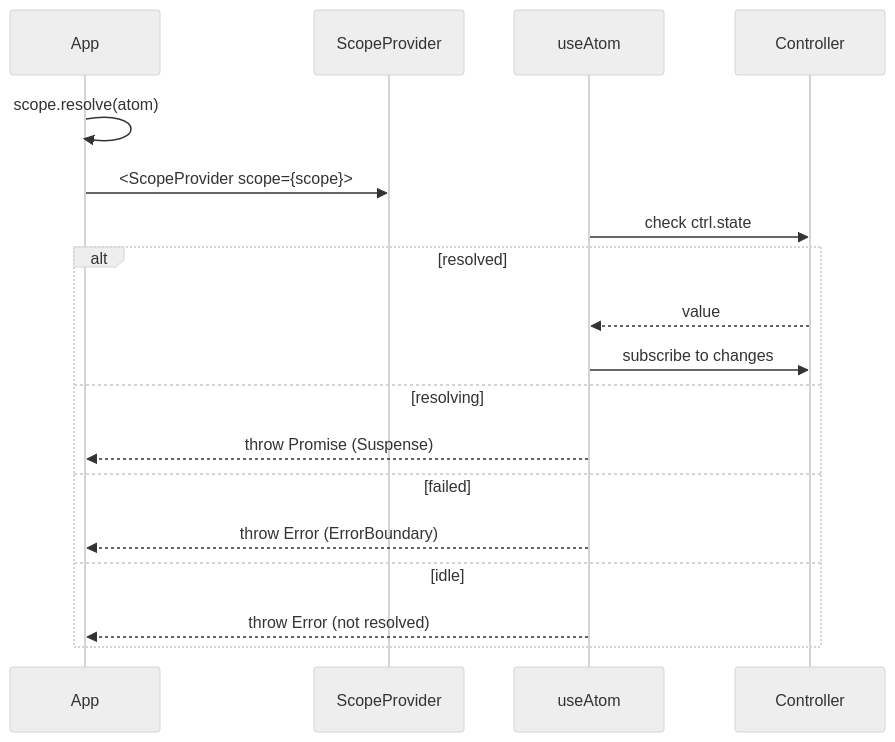
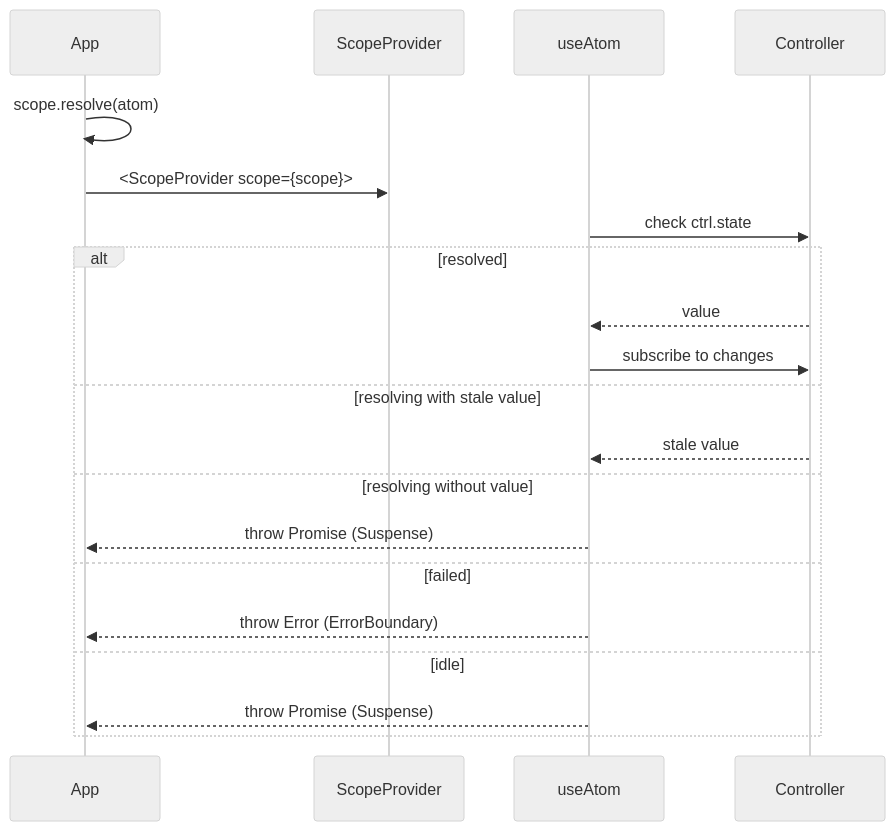
One commit to pumped-fn/pumped-fn changed the first of 3 diagrams in packages/lite-react/README.md. Above: the diagram before and after it, drawn with Mermaid (neutral theme). The commit also changed other lines of this file and 17 other files, not shown here.

````diff
--- a/packages/lite-react/README.md
+++ b/packages/lite-react/README.md
@@ -9,22 +9,24 @@
 ```mermaid
 sequenceDiagram
     participant App
     participant ScopeProvider
     participant useAtom
     participant Controller
 
     App->>App: scope.resolve(atom)
     App->>ScopeProvider: <ScopeProvider scope={scope}>
 
     useAtom->>Controller: check ctrl.state
     alt resolved
         Controller-->>useAtom: value
         useAtom->>Controller: subscribe to changes
-    else resolving
+    else resolving with stale value
+        Controller-->>useAtom: stale value
+    else resolving without value
         useAtom-->>App: throw Promise (Suspense)
     else failed
         useAtom-->>App: throw Error (ErrorBoundary)
     else idle
-        useAtom-->>App: throw Error (not resolved)
+        useAtom-->>App: throw Promise (Suspense)
     end
 ```
````
